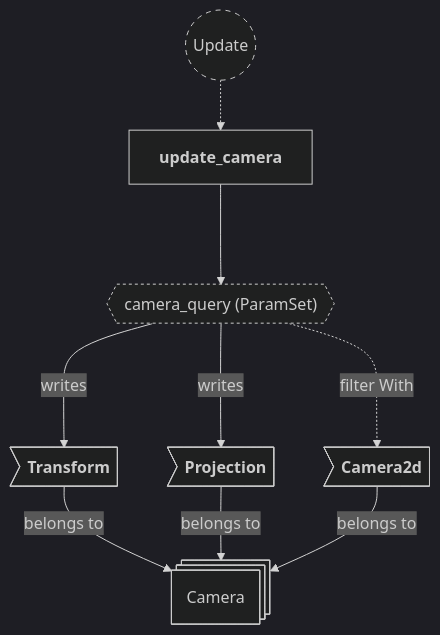
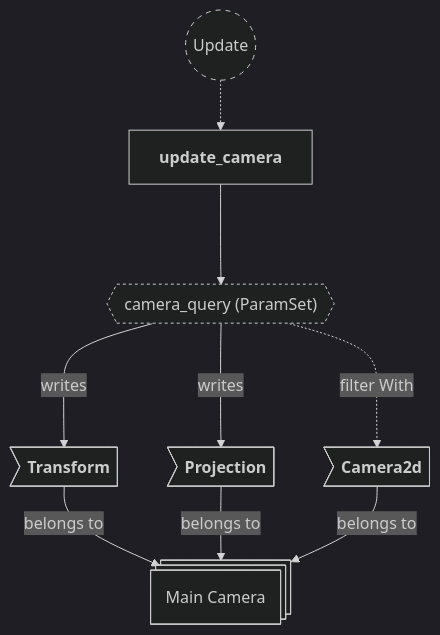
The fifth of 8 diagrams in backlog/docs/doc-6 - 005-Camera-plugin.md (neurosoup/tyled), drawn with Mermaid before and after one commit. The commit also changed other lines of this file and 11 other files, not shown here.

````diff
--- a/backlog/docs/doc-6 - 005-Camera-plugin.md
+++ b/backlog/docs/doc-6 - 005-Camera-plugin.md
@@ -104,28 +181,28 @@
 ```mermaid
 ---
 config:
   theme: dark
 ---
 
 flowchart TD
 classDef system-group stroke-dasharray: 5 5
 classDef query stroke-dasharray: 3 3
 
 update(("`Update`")):::system-group
 update_camera["`**update_camera**`"]
 
 update -.-> update_camera
 
 camera_query{{"`camera_query (ParamSet)`"}}:::query
 update_camera ---> camera_query
 
-camera_entity@{ shape: st-rect, label: "Camera" }
+camera_entity@{ shape: st-rect, label: "Main Camera" }
 
 ce_transform>"`**Transform**`"] --> |belongs to| camera_entity
 ce_projection>"`**Projection**`"] --> |belongs to| camera_entity
 ce_camera2d>"`**Camera2d**`"] --> |belongs to| camera_entity
 
 camera_query ---> |writes| ce_transform
 camera_query ---> |writes| ce_projection
 camera_query -..-> |filter With| ce_camera2d
 ```
````
